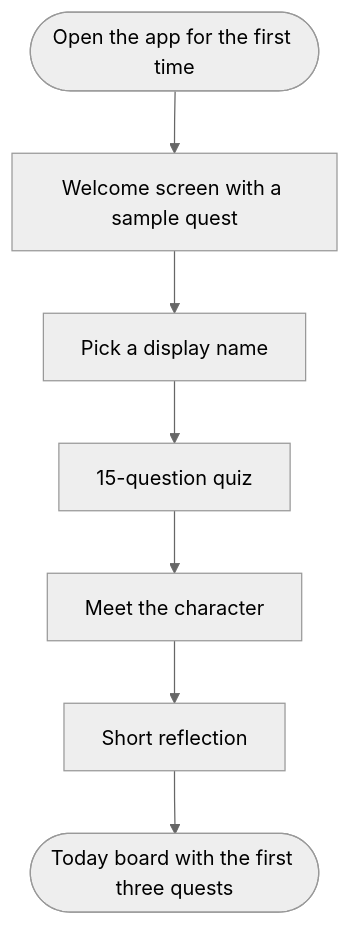
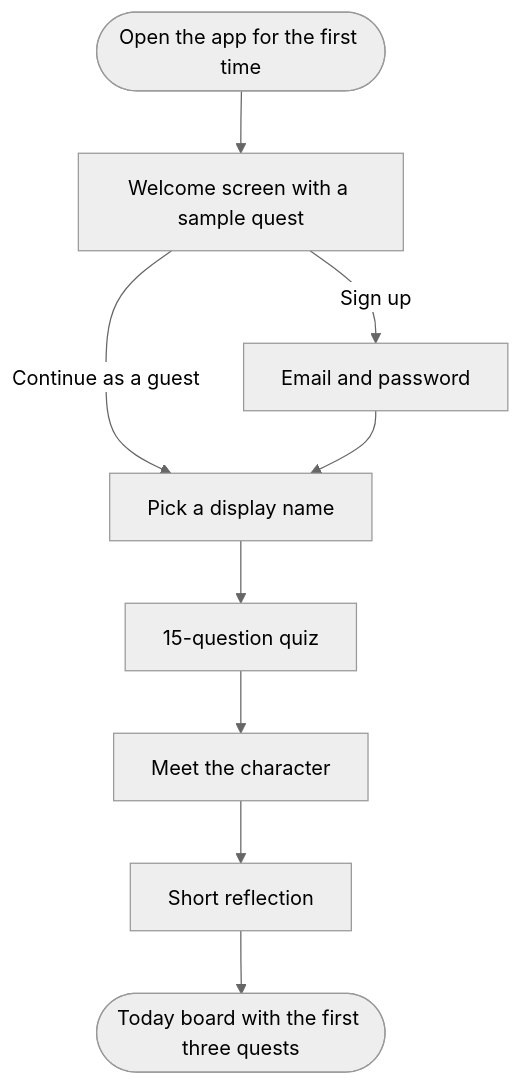
Before and after one commit to Tara-Y-ops/Me-online: the first of 3 diagrams in docs/user-flows.md, drawn with Mermaid. The commit also changed other lines of this file and 19 other files, not shown here.

````diff
--- a/docs/user-flows.md
+++ b/docs/user-flows.md
@@ -13,10 +13,12 @@
 ```mermaid
 %%{init: {'theme': 'neutral'}}%%
 flowchart TD
     A([Open the app for the first time]) --> B[Welcome screen with a sample quest]
-    B --> C[Pick a display name]
+    B -->|Sign up| S[Email and password]
+    B -->|Continue as a guest| C[Pick a display name]
+    S --> C
     C --> D[15-question quiz]
     D --> E[Meet the character]
     E --> G[Short reflection]
     G --> F([Today board with the first three quests])
 ```
````
